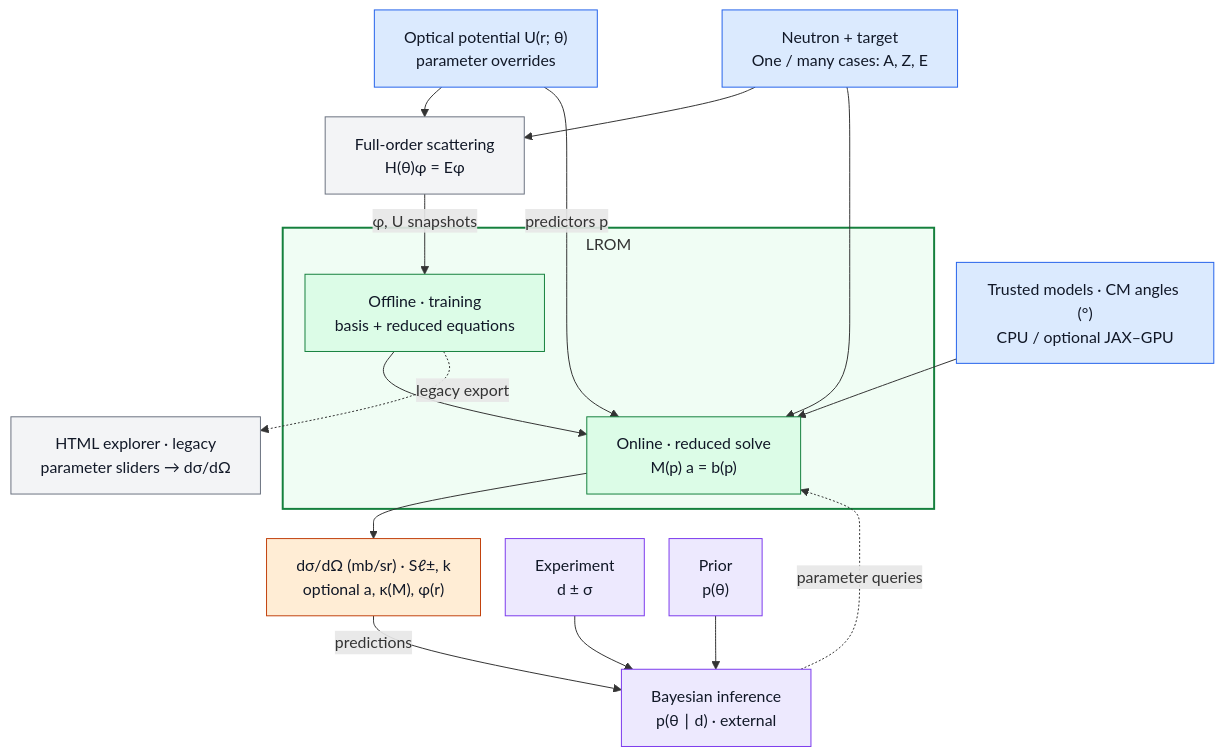
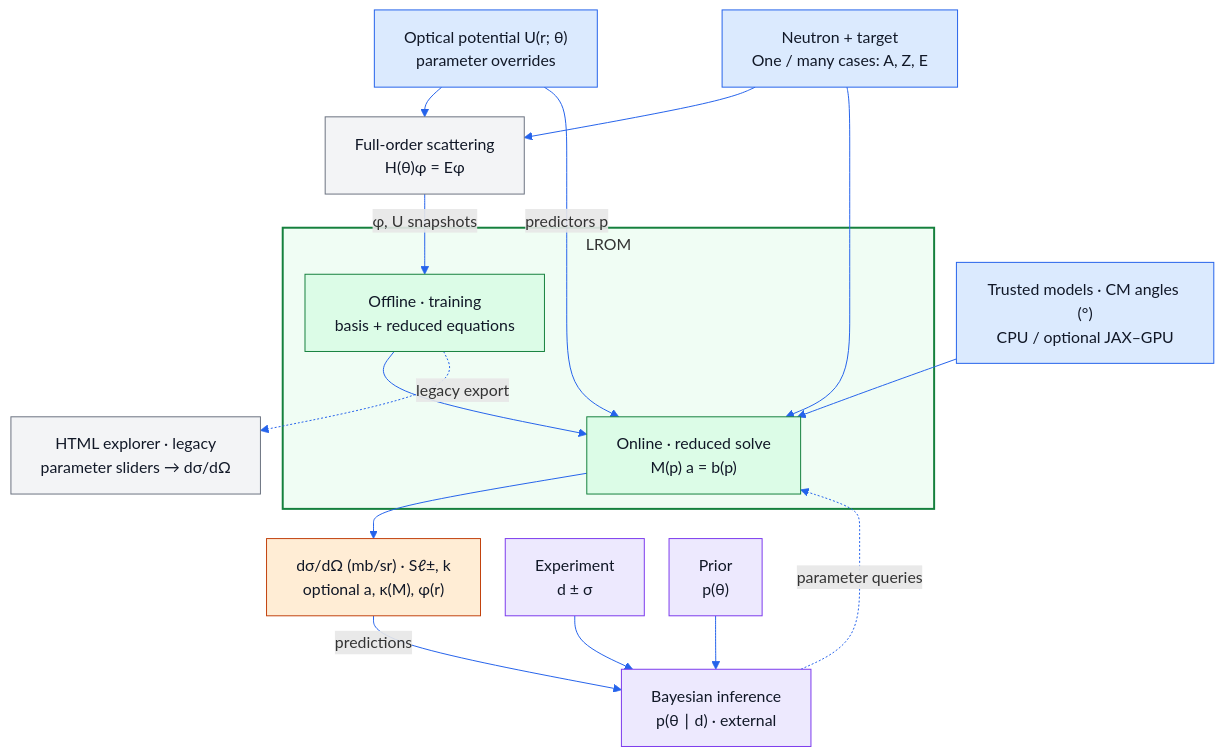
The first of 2 diagrams in CleanCode/docs/LROM_IN_NUCLEAR_THEORY.md (nitrogen5052/Learning-Reduced-Order-Models), drawn with Mermaid before and after one commit. The commit also changed other lines of this file, not shown here.

Commit message:
Use blue diagram arrows and remove I/O subgraphs

````diff
--- a/CleanCode/docs/LROM_IN_NUCLEAR_THEORY.md
+++ b/CleanCode/docs/LROM_IN_NUCLEAR_THEORY.md
@@ -5,45 +5,46 @@
 ```mermaid
-%%{init: {"flowchart": {"nodeSpacing": 25, "rankSpacing": 30, "subGraphTitleMargin": {"top": 5, "bottom": 15}}}}%%
+%%{init: {"themeVariables": {"lineColor": "#2563EB"}, "flowchart": {"nodeSpacing": 25, "rankSpacing": 30, "subGraphTitleMargin": {"top": 5, "bottom": 15}}}}%%
 flowchart TB
     system["Neutron + target<br/>One / many cases: A, Z, E"]
     potential["Optical potential U(r; θ)<br/>parameter overrides"]
     fom["Full-order scattering<br/>H(θ)φ = Eφ"]
     settings["Trusted models · CM angles (°)<br/>CPU / optional JAX–GPU"]
 
     subgraph lrom["LROM"]
         train["Offline · training<br/>basis + reduced equations"]
         emulator["Online · reduced solve<br/>M(p) a = b(p)"]
         train --> emulator
     end
 
     observable["dσ/dΩ (mb/sr) · Sℓ±, k<br/>optional a, κ(M), φ(r)"]
     html["HTML explorer · legacy<br/>parameter sliders → dσ/dΩ"]
     data["Experiment<br/>d ± σ"]
     prior["Prior<br/>p(θ)"]
     inference["Bayesian inference<br/>p(θ ∣ d) · external"]
 
     system --> fom
     potential --> fom
     fom -->|φ, U snapshots| train
     potential -->|predictors p| emulator
     system --> emulator
     settings --> emulator
     emulator --> observable
     train -.->|legacy export| html
     observable -->|predictions| inference
     data --> inference
     prior --> inference
     inference -.->|parameter queries| emulator
 
+    linkStyle default stroke:#2563EB
     classDef physics fill:#DBEAFE,stroke:#2563EB,color:#111827
     classDef reference fill:#F3F4F6,stroke:#6B7280,color:#111827
     classDef model fill:#DCFCE7,stroke:#15803D,color:#111827
     classDef result fill:#FFEDD5,stroke:#C2410C,color:#111827
     classDef external fill:#EDE9FE,stroke:#7C3AED,color:#111827
     class system,potential,settings physics
     class fom,html reference
     class train,emulator model
     class observable result
     class data,prior,inference external
     style lrom fill:#F0FDF4,stroke:#15803D,stroke-width:2px
 ```
````
